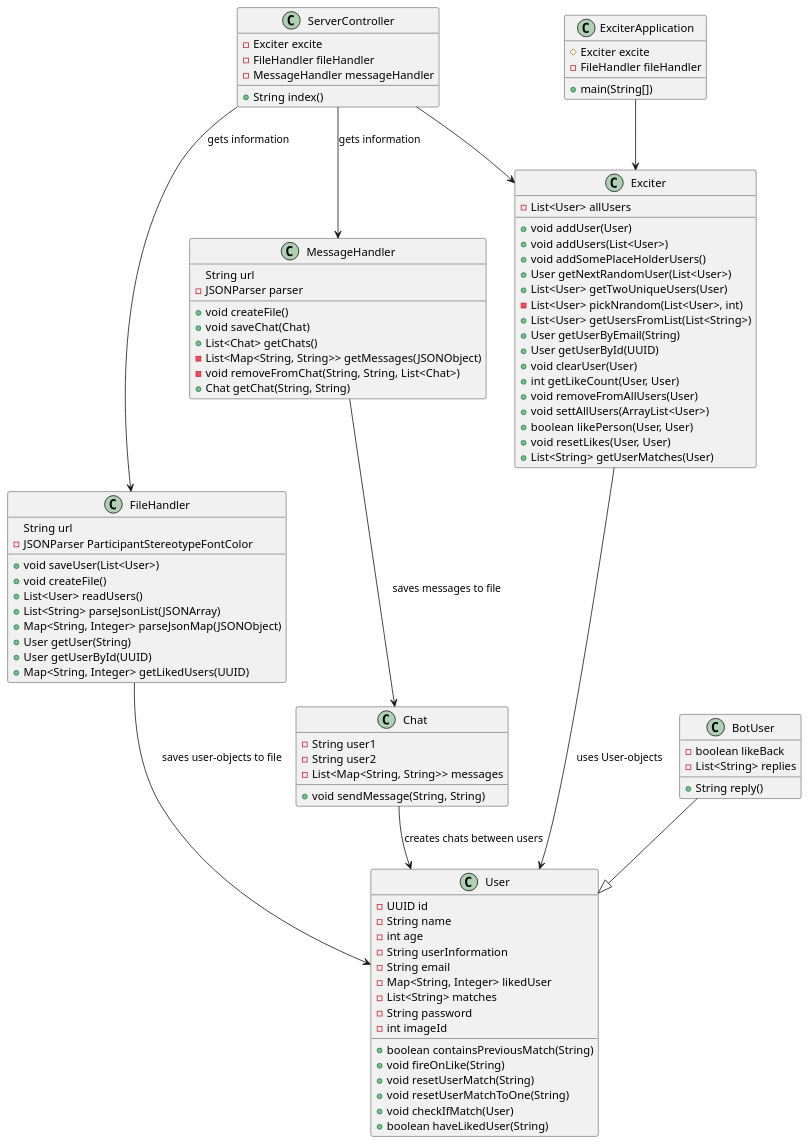
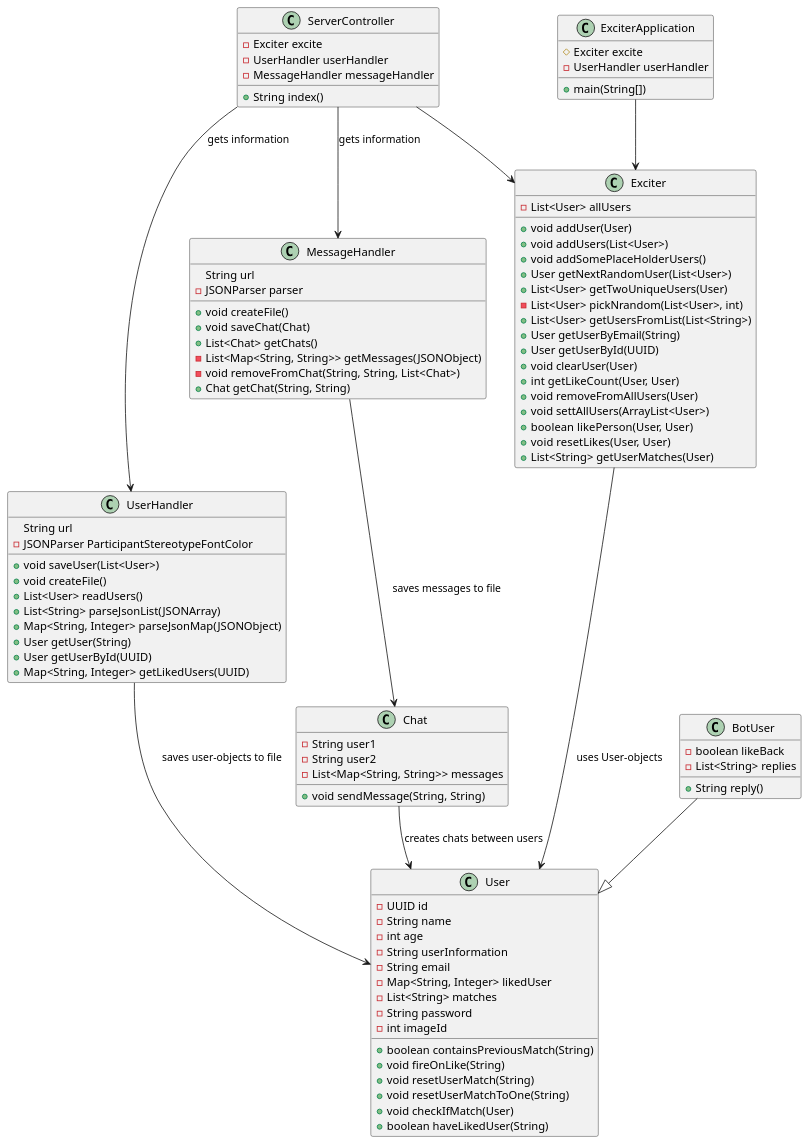
One commit to Tordsg/Xcitr changed the diagram in docs/release 3/classDiagram.plantUML. Above: the diagram before and after it, drawn with PlantUML. The commit also changed 8 other files, not shown here.

Commit message:
changed from FileHandler to UserHandler

```diff
--- a/docs/release 3/classDiagram.plantUML
+++ b/docs/release 3/classDiagram.plantUML
@@ -1,112 +1,112 @@
 @startuml restserver
 
 class ServerController {
     -Exciter excite
-    -FileHandler fileHandler
+    -UserHandler userHandler
     -MessageHandler messageHandler
     +String index()
 
 
 }
 
 class ExciterApplication{
     #Exciter excite
-    -FileHandler fileHandler
+    -UserHandler userHandler
     +main(String[])
 
 }
 
 class User{
     -UUID id
     -String name
     -int age
     -String userInformation
     -String email
     -Map<String, Integer> likedUser
     -List<String> matches
     -String password
     -int imageId
     +boolean containsPreviousMatch(String)
     +void fireOnLike(String)
     +void resetUserMatch(String)
     +void resetUserMatchToOne(String)
     +void checkIfMatch(User)
     +boolean haveLikedUser(String)
 }
 
 class BotUser{
     -boolean likeBack
     -List<String> replies
     + String reply()
 
 }
 
 class Exciter{
     -List<User> allUsers
     +void addUser(User)
     +void addUsers(List<User>)
     +void addSomePlaceHolderUsers()
     +User getNextRandomUser(List<User>)
     +List<User> getTwoUniqueUsers(User)
     -List<User> pickNrandom(List<User>, int)
     +List<User> getUsersFromList(List<String>)
     +User getUserByEmail(String)
     +User getUserById(UUID)
     +void clearUser(User)
     +int getLikeCount(User, User)
     +void removeFromAllUsers(User)
     +void settAllUsers(ArrayList<User>)
     +boolean likePerson(User, User)
     +void resetLikes(User, User)
     +List<String> getUserMatches(User)
 
 }
 
-class FileHandler{
+class UserHandler{
     String url
     -JSONParser ParticipantStereotypeFontColor
     +void saveUser(List<User>)
     +void createFile()
     +List<User> readUsers()
     +List<String> parseJsonList(JSONArray)
     +Map<String, Integer> parseJsonMap(JSONObject)
     +User getUser(String)
     +User getUserById(UUID)
     +Map<String, Integer> getLikedUsers(UUID)
 
 }
 
 class MessageHandler{
     String url
     -JSONParser parser
     +void createFile()
     +void saveChat(Chat)
     +List<Chat> getChats()
     -List<Map<String, String>> getMessages(JSONObject)
     -void removeFromChat(String, String, List<Chat>)
     +Chat getChat(String, String)
 }
 
 
 class Chat{
     -String user1
     -String user2
     -List<Map<String, String>> messages
     +void sendMessage(String, String)
 
 }
 
 BotUser --|> User
 Exciter --> User: uses User-objects 
-FileHandler --> User: saves user-objects to file
+UserHandler --> User: saves user-objects to file
 Chat--> User: creates chats between users
 MessageHandler --> Chat: saves messages to file
 ExciterApplication --> Exciter
-ServerController --> FileHandler: gets information
+ServerController --> UserHandler: gets information
 ServerController --> MessageHandler: gets information
 ServerController --> Exciter
 
 
 
 
 @enduml
```
